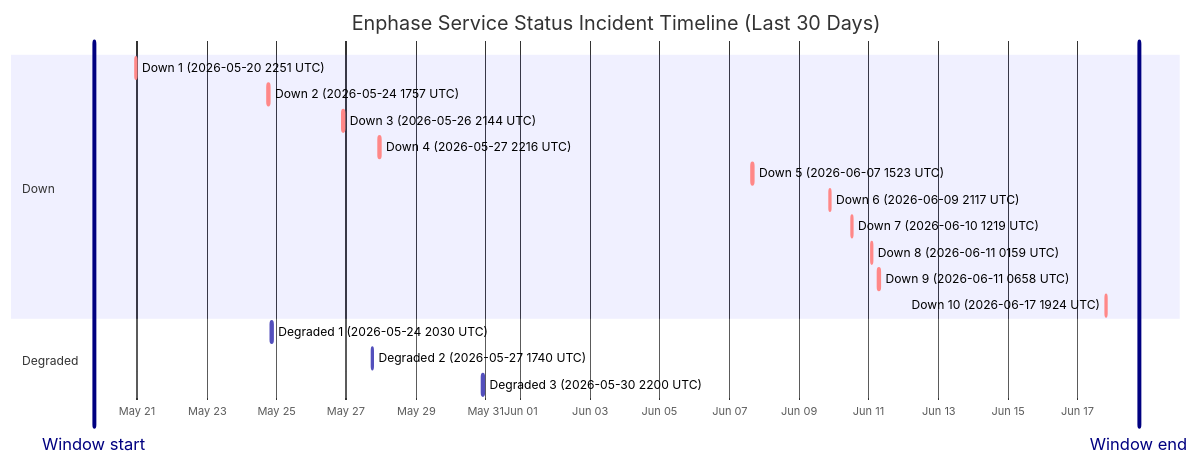
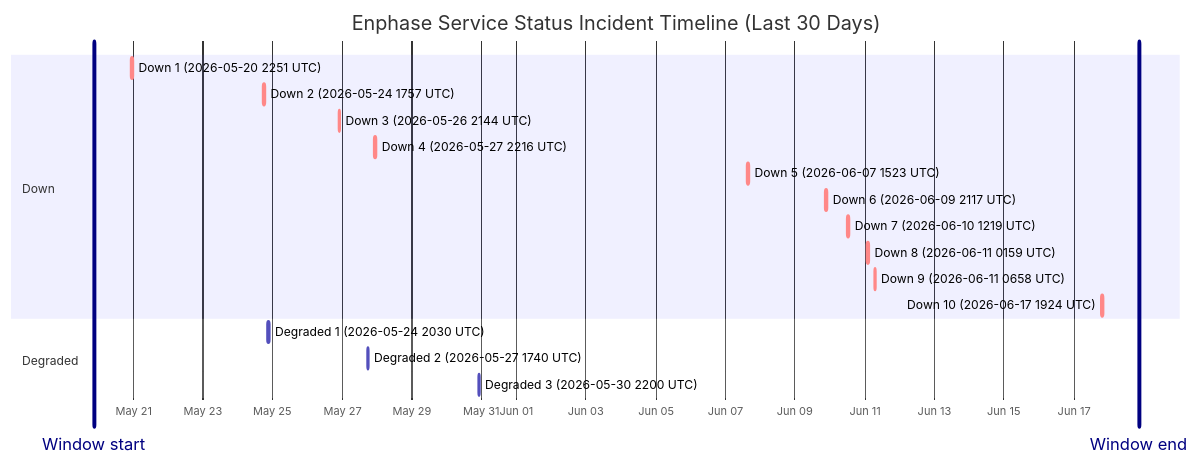
Before and after one commit to barneyonline/ha-enphase-energy: the diagram in wiki/Service-Status-History.md, drawn with Mermaid. The commit also changed other lines of this file and 3 other files, not shown here.

````diff
--- a/wiki/Service-Status-History.md
+++ b/wiki/Service-Status-History.md
@@ -14,23 +14,23 @@
 ```mermaid
 gantt
     title Enphase Service Status Incident Timeline (Last 30 Days)
     dateFormat  YYYY-MM-DDTHH:mm:ss
     axisFormat  %b %d
-    Window start :vert, window-start, 2026-05-19T18:13:59, 0ms
-    Window end :vert, window-end, 2026-06-18T18:13:59, 0ms
+    Window start :vert, window-start, 2026-05-19T21:01:37, 0ms
+    Window end :vert, window-end, 2026-06-18T21:01:37, 0ms
     section Down
     Down 1 (2026-05-20 2251 UTC) :crit, down-1, 2026-05-20T22:51:14, 75m
     Down 2 (2026-05-24 1757 UTC) :crit, down-2, 2026-05-24T17:57:41, 86m
     Down 3 (2026-05-26 2144 UTC) :crit, down-3, 2026-05-26T21:44:11, 85m
     Down 4 (2026-05-27 2216 UTC) :crit, down-4, 2026-05-27T22:16:53, 87m
     Down 5 (2026-06-07 1523 UTC) :crit, down-5, 2026-06-07T15:23:22, 87m
     Down 6 (2026-06-09 2117 UTC) :crit, down-6, 2026-06-09T21:17:17, 60m
     Down 7 (2026-06-10 1219 UTC) :crit, down-7, 2026-06-10T12:19:21, 60m
     Down 8 (2026-06-11 0159 UTC) :crit, down-8, 2026-06-11T01:59:36, 60m
     Down 9 (2026-06-11 0658 UTC) :crit, down-9, 2026-06-11T06:58:45, 60m
     Down 10 (2026-06-17 1924 UTC) :crit, down-10, 2026-06-17T19:24:51, 60m
     section Degraded
     Degraded 1 (2026-05-24 2030 UTC) :active, degraded-1, 2026-05-24T20:30:57, 84m
     Degraded 2 (2026-05-27 1740 UTC) :active, degraded-2, 2026-05-27T17:40:52, 60m
     Degraded 3 (2026-05-30 2200 UTC) :active, degraded-3, 2026-05-30T22:00:37, 60m
 ```
````
